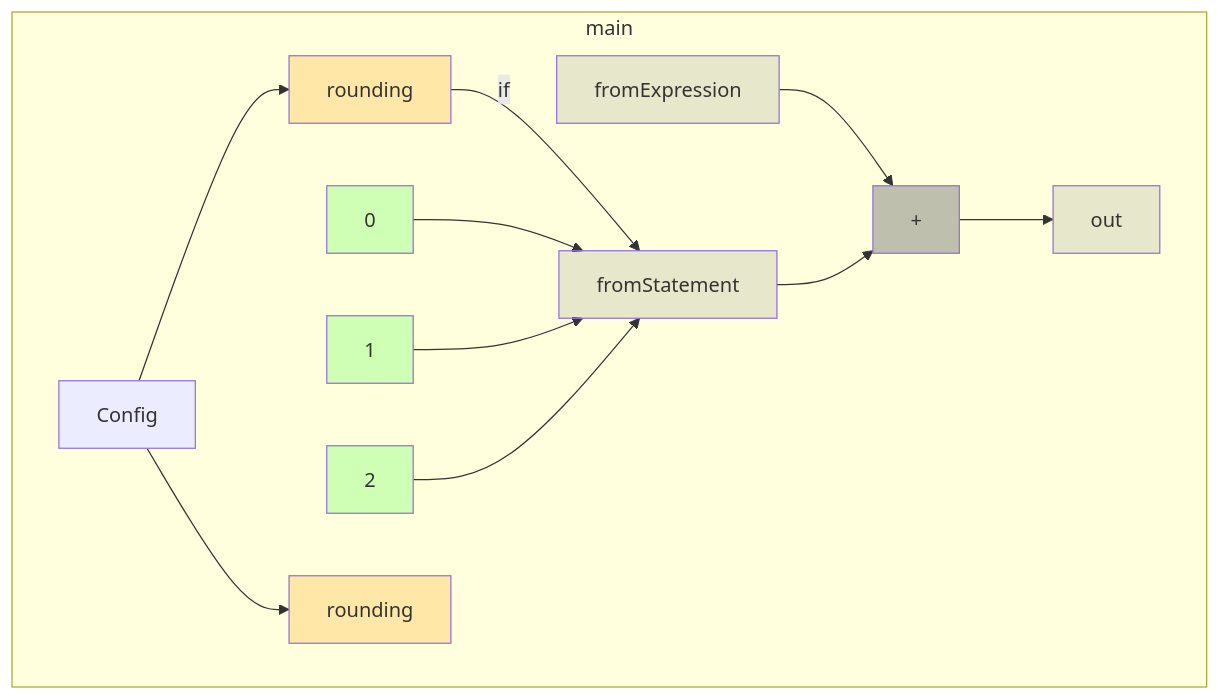
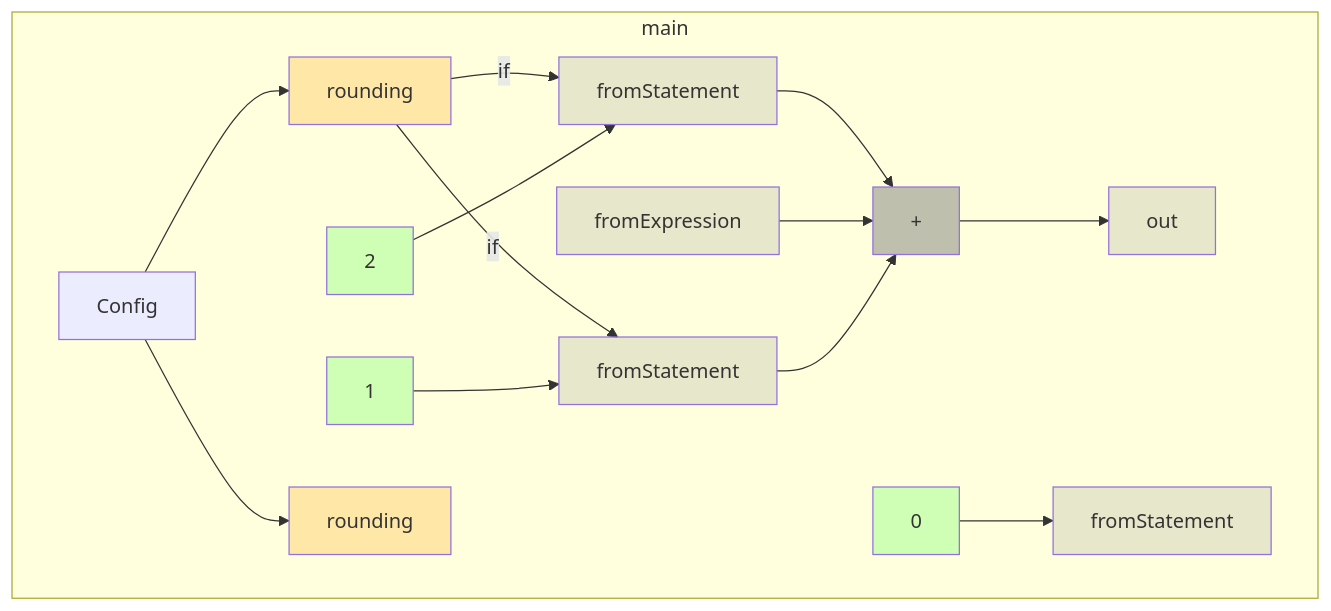
One commit to gstiebler/codeflow changed the diagram in app/src/test/resources/externalEnumSwitch/spike-truth.md. Above: the diagram before and after it, drawn with Mermaid. The commit also changed 46 other files, not shown here.

````diff
--- a/app/src/test/resources/externalEnumSwitch/spike-truth.md
+++ b/app/src/test/resources/externalEnumSwitch/spike-truth.md
@@ -3,31 +3,35 @@
 ```mermaid
 flowchart TD
   subgraph m0["main"]
     n0["+"]:::BIN_OP
     n1["rounding"]:::EXTERNAL
     n2["rounding"]:::EXTERNAL
     n3["0"]:::LITERAL
     n4["1"]:::LITERAL
     n5["2"]:::LITERAL
     n6["Config"]:::OBJ_VARIABLE
     n7["fromExpression"]:::VARIABLE
     n8["fromStatement"]:::VARIABLE
-    n9["out"]:::VARIABLE
+    n9["fromStatement"]:::VARIABLE
+    n10["fromStatement"]:::VARIABLE
+    n11["out"]:::VARIABLE
   end
-  n0 --> n9
-  n1 -->|if| n8
+  n0 --> n11
+  n1 -->|if| n10
+  n1 -->|if| n9
+  n10 --> n0
   n3 --> n8
-  n4 --> n8
-  n5 --> n8
+  n4 --> n9
+  n5 --> n10
   n6 --> n1
   n6 --> n2
   n7 --> n0
-  n8 --> n0
+  n9 --> n0
   classDef LITERAL fill:#00FF0030
   classDef VARIABLE fill:#80808030
   classDef BIN_OP fill:#80808080
   classDef FUNC_PARAM fill:#8080FF30
   classDef RETURN fill:#FF808080
   classDef EXTERNAL fill:#FFA50040
   classDef UNMODELLED fill:#FF000030,stroke-dasharray: 4 2
 ```
````
